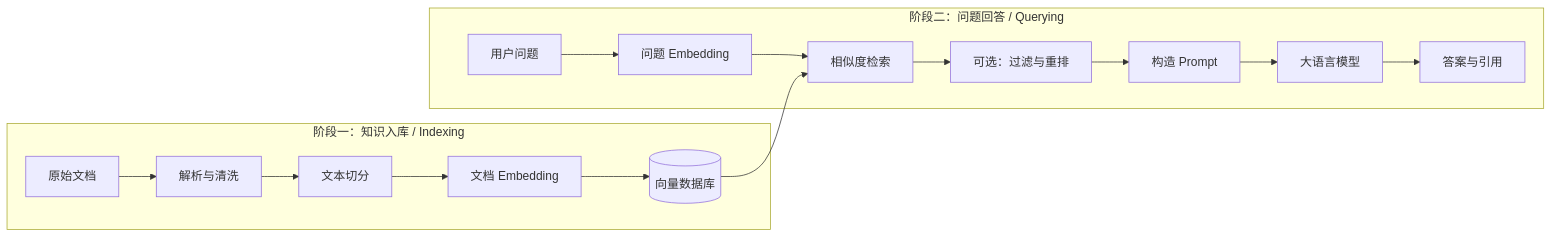
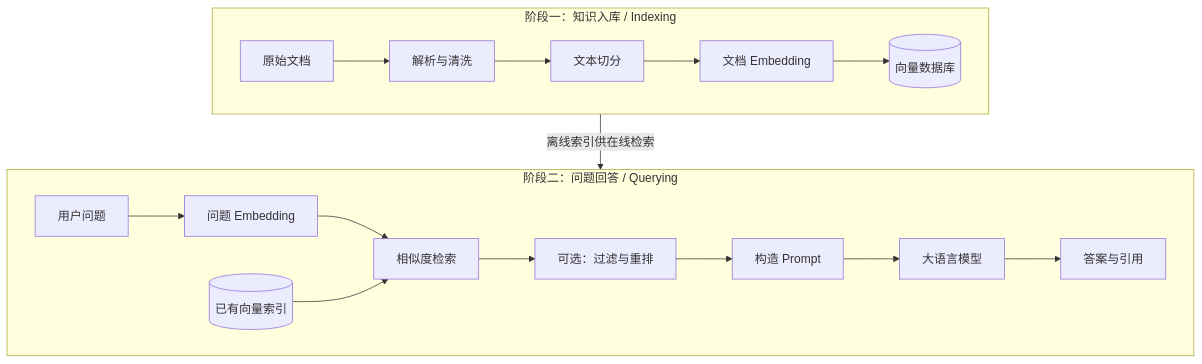
The second of 5 diagrams in _posts/2026-07-12-RAG.md (Turing-Cat/Turing-Cat.github.io), drawn with Mermaid before and after one commit.

Commit message:
docs: stack RAG workflow stages

````diff
--- a/_posts/2026-07-12-RAG.md
+++ b/_posts/2026-07-12-RAG.md
@@ -35,19 +35,23 @@
 ```mermaid
-flowchart LR
+flowchart TB
     subgraph Indexing[阶段一：知识入库 / Indexing]
+        direction LR
         D[原始文档] --> L[解析与清洗]
         L --> S[文本切分]
         S --> DE[文档 Embedding]
         DE --> V[(向量数据库)]
     end
 
     subgraph Querying[阶段二：问题回答 / Querying]
+        direction LR
         Q[用户问题] --> QE[问题 Embedding]
         QE --> RET[相似度检索]
-        V --> RET
+        IDX[(已有向量索引)] --> RET
         RET --> RR[可选：过滤与重排]
         RR --> P[构造 Prompt]
         P --> LLM[大语言模型]
         LLM --> A[答案与引用]
     end
+
+    Indexing -->|离线索引供在线检索| Querying
 ```
````
